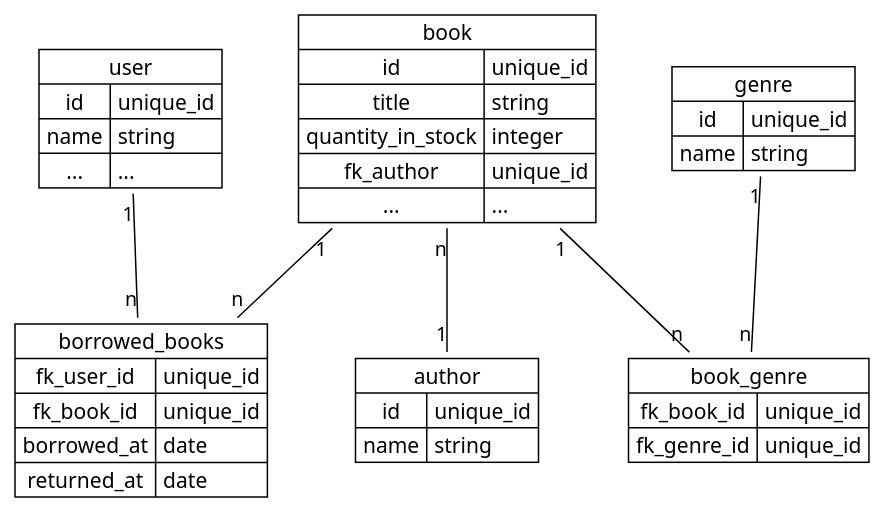
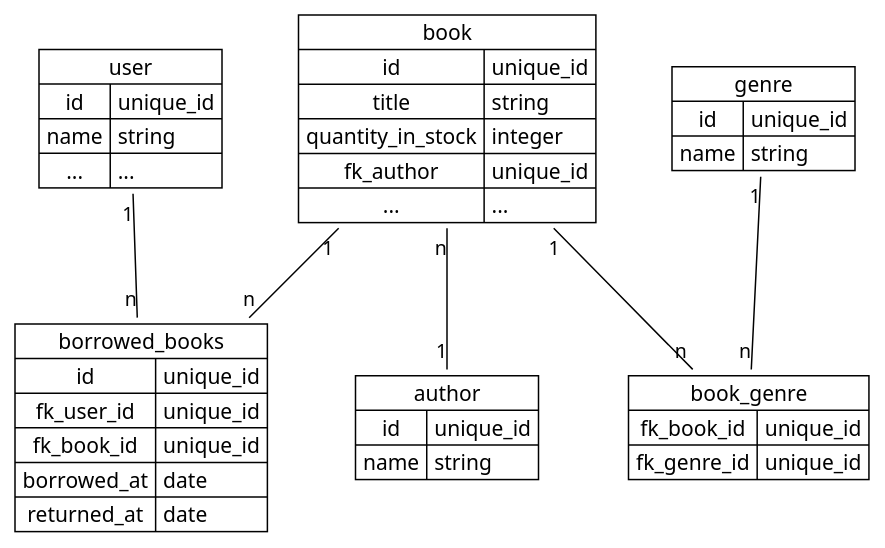
Before and after one commit to teleidoskopbild/delphine-project-week-library: the diagram in material/diagrams/database-schema.plantuml, drawn with PlantUML. The commit also changed 7 other files, not shown here.

```diff
--- a/material/diagrams/database-schema.plantuml
+++ b/material/diagrams/database-schema.plantuml
@@ -1,48 +1,49 @@
 @startuml database-schema
 
 ' https://github.com/plantuml/plantuml/blob/master
 !theme plain
 
 map user {
     id => unique_id
     name => string
     ... => ...
 }
 
 map book {
     id => unique_id
     title => string
     quantity_in_stock => integer
     fk_author => unique_id
     ... => ...
 }
 
 map genre {
     id => unique_id
     name => string
 }
 
 map book_genre {
     fk_book_id => unique_id
     fk_genre_id => unique_id
 }
 
 map borrowed_books {
+    id => unique_id
     fk_user_id => unique_id
     fk_book_id => unique_id
     borrowed_at => date
     returned_at => date
 }
 
 map author {
     id => unique_id
     name => string
 }
 
 user "1" -- "n" borrowed_books
 book "1" -- "n" borrowed_books
 book "1" -- "n" book_genre
 genre "1" -- "n" book_genre
 book "n" -- "1" author
 
 @enduml
```
